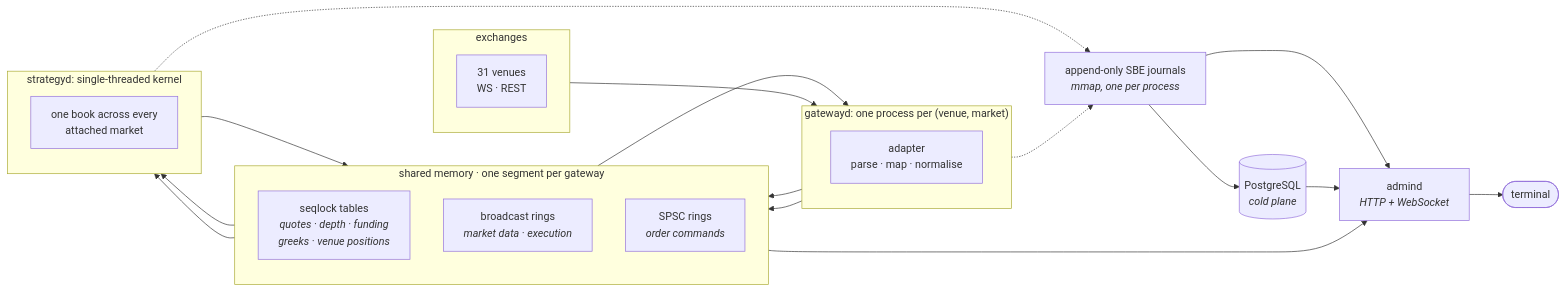
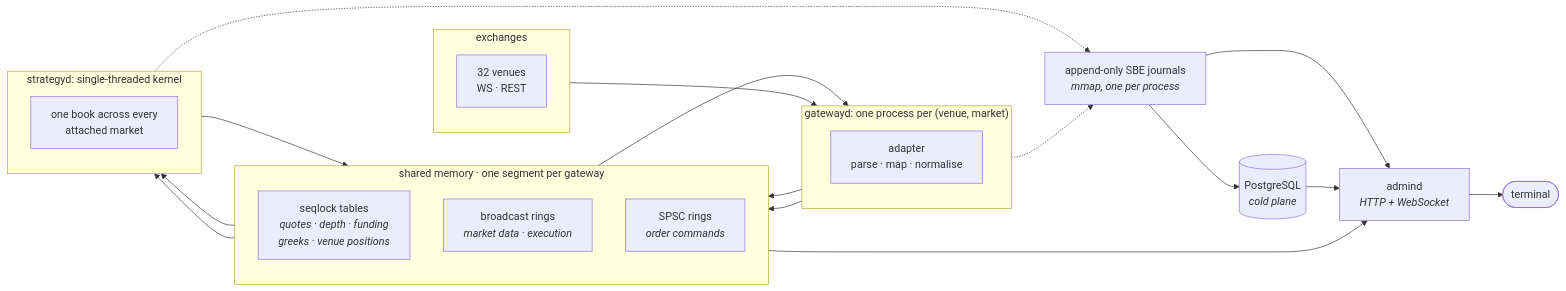
One commit to TeachPenguinsFly/raikiri changed the diagram in docs/README.md. Above: the diagram before and after it, drawn with Mermaid. The commit also changed other lines of this file and 120 other files, not shown here.

````diff
--- a/docs/README.md
+++ b/docs/README.md
@@ -16,41 +16,41 @@
 ```mermaid
 flowchart LR
     subgraph V["exchanges"]
         direction TB
-        E1["31 venues<br/>WS · REST"]
+        E1["32 venues<br/>WS · REST"]
     end
 
     subgraph G["gatewayd: one process per (venue, market)"]
         direction TB
         GA["adapter<br/>parse · map · normalise"]
     end
 
     subgraph S["shared memory · one segment per gateway"]
         direction TB
         T["seqlock tables<br/><i>quotes · depth · funding<br/>greeks · venue positions</i>"]
         R["broadcast rings<br/><i>market data · execution</i>"]
         C["SPSC rings<br/><i>order commands</i>"]
     end
 
     subgraph K["strategyd: single-threaded kernel"]
         direction TB
         ST["one book across every<br/>attached market"]
     end
 
     J["append-only SBE journals<br/><i>mmap, one per process</i>"]
     P[("PostgreSQL<br/><i>cold plane</i>")]
     A["admind<br/><i>HTTP + WebSocket</i>"]
 
     E1 --> GA
     GA --> T & R
     C --> GA
     T & R --> ST
     ST --> C
     GA -.-> J
     ST -.-> J
     J --> P
     T --> A
     J --> A
     P --> A
     A --> W(["terminal"])
 ```
````
